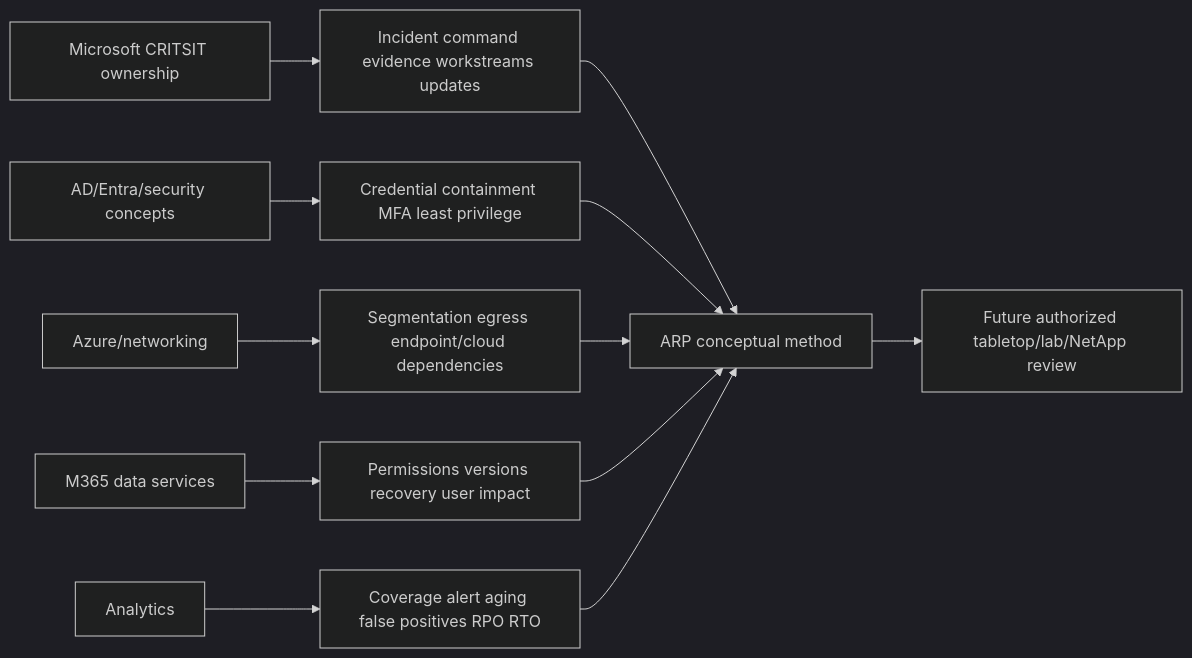
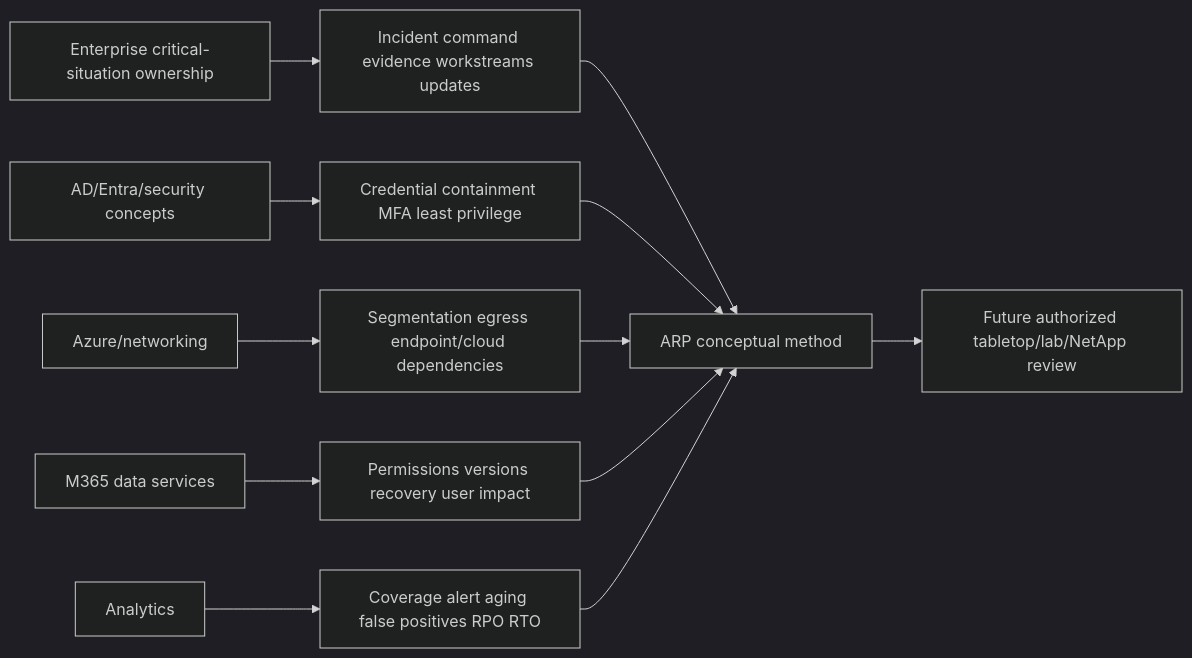
One commit to hichauhan-in/Interview-Prep changed diagram 21 of 22 in NetApp TAM/prep/Part-41-ransomware-resilience-arp.md. Above: the diagram before and after it, drawn with Mermaid (dark theme). The commit also changed other lines of this file and 493 other files, not shown here.

````diff
--- a/NetApp TAM/prep/Part-41-ransomware-resilience-arp.md
+++ b/NetApp TAM/prep/Part-41-ransomware-resilience-arp.md
@@ -668,14 +668,14 @@
 ```mermaid
 flowchart LR
-    CRIT[Microsoft CRITSIT ownership] --> IR[Incident command evidence workstreams updates]
+    CRIT[Enterprise critical-situation ownership] --> IR[Incident command evidence workstreams updates]
     IAM[AD/Entra/security concepts] --> ID[Credential containment MFA least privilege]
     AZ[Azure/networking] --> SEG[Segmentation egress endpoint/cloud dependencies]
     M365[M365 data services] --> DATA[Permissions versions recovery user impact]
     BI[Analytics] --> TREND[Coverage alert aging false positives RPO RTO]
     IR --> ARP[ARP conceptual method]
     ID --> ARP
     SEG --> ARP
     DATA --> ARP
     TREND --> ARP
     ARP --> LAB[Future authorized tabletop/lab/NetApp review]
 ```
````
